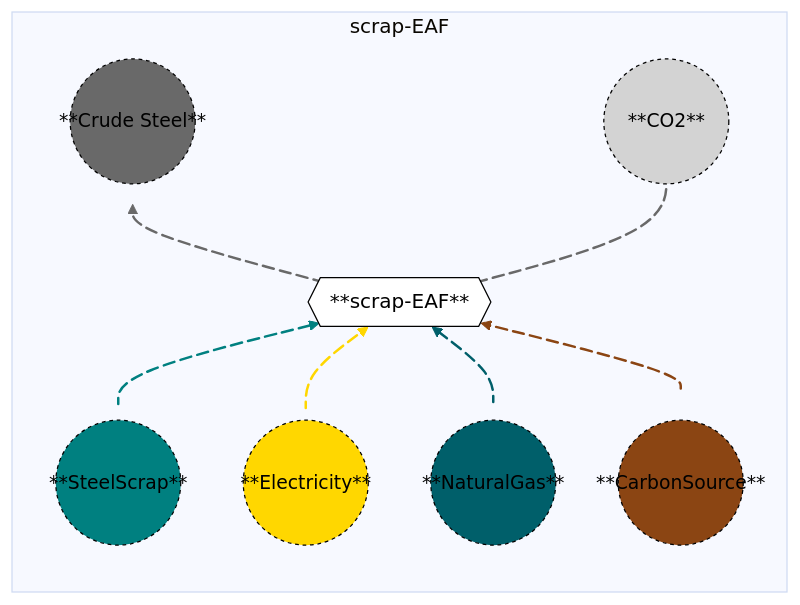
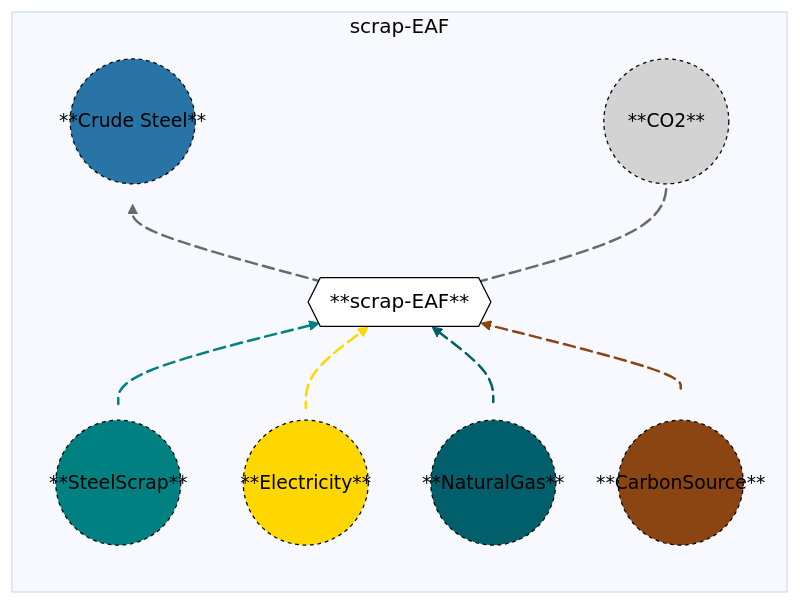
The diagram in docs/src/Manual/assets/standalonelectricarcfurance.md (acheng1757/MacroEnergy-Abbie.jl), drawn with Mermaid before and after one commit.

Commit message:
Update color for style C1 in documentation

````diff
--- a/docs/src/Manual/assets/standalonelectricarcfurance.md
+++ b/docs/src/Manual/assets/standalonelectricarcfurance.md
@@ -25,35 +25,35 @@
 ```mermaid
 %%{init: {'theme': 'base', 'themeVariables': { 'background': '#D1EBDE' }}}%%
 flowchart BT
   subgraph scrap-EAF
   direction BT
     A1(("**SteelScrap**")) e1@-->B{{"**scrap-EAF**"}}
     A2(("**Electricity**")) e2@-->B{{"**scrap-EAF**"}}
     A3(("**NaturalGas**")) e3@-->B{{"**scrap-EAF**"}}
     A4(("**CarbonSource**")) e4@-->B{{"**scrap-EAF**"}}
     B{{"**scrap-EAF**"}} e5@-->C1(("**Crude Steel**"))
     B{{"**scrap-EAF**"}} e6@-->C2(("**CO2**"))
 
     e1@{ animate: true }
     e2@{ animate: true }
     e3@{ animate: true }
     e4@{ animate: true }
     e5@{ animate: true }
     e6@{ animate: true }
  end
     style A1 font-size:15px,r:50px,fill:#008080,stroke:black,color:black,stroke-dasharray: 3,5;
     style A2 font-size:15px,r:50px,fill:#FFD700,stroke:black,color:black,stroke-dasharray: 3,5;
     style A3 font-size:15px,r:50px,fill:#005F6A,stroke:black,color:black,stroke-dasharray: 3,5;
     style A4 font-size:15px,r:50px,fill:#8B4513,stroke:black,color:black,stroke-dasharray: 3,5;
 
     style B fill:white,stroke:black,color:black;
-    style C1 font-size:15px,r:50px,fill:#696969,stroke:black,color:black,stroke-dasharray: 3,5;
+    style C1 font-size:15px,r:50px,fill:#2874A6,stroke:black,color:black,stroke-dasharray: 3,5;
     style C2 font-size:15px,r:50px,fill:lightgray,stroke:black,color:black,stroke-dasharray: 3,5;
 
     linkStyle 0,1 stroke:#008080, stroke-width: 2px;
     linkStyle 1,2 stroke:#FFD700, stroke-width: 2px;
     linkStyle 2,3 stroke:#005F6A, stroke-width: 2px;
     linkStyle 3,4 stroke:#8B4513, stroke-width: 2px;
     linkStyle 4,5 stroke:#696969, stroke-width: 2px;
 
 ```
````
